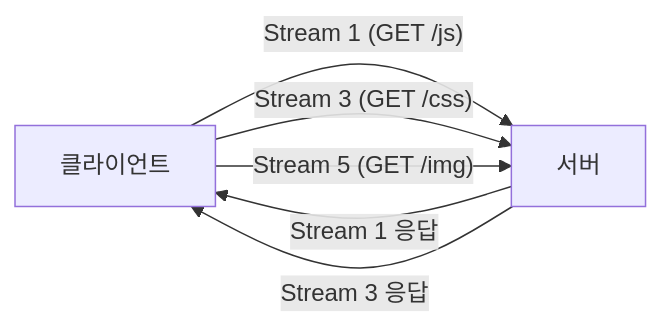
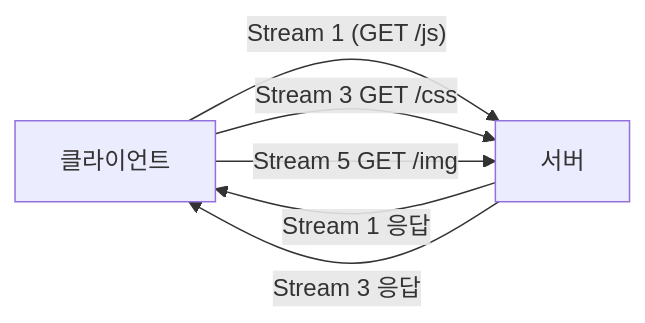
One commit to yjkim2015/yjkim2015.github.io changed the seventh of 9 diagrams in _posts/network/2026-05-01-osi-7-layer.md. Above: the diagram before and after it, drawn with Mermaid. The commit also changed other lines of this file and 245 other files, not shown here.

First line of the commit message:
Mermaid 다이어그램 전면 수정 + 면접 포인트 접기/펼치기 + DB 데드락 페이지

````diff
--- a/_posts/network/2026-05-01-osi-7-layer.md
+++ b/_posts/network/2026-05-01-osi-7-layer.md
@@ -862,8 +862,8 @@
 ```mermaid
 graph LR
     CLI["클라이언트"] -->|"Stream 1 (GET /js)"| SRV["서버"]
-    CLI -->|"Stream 3 (GET /css)"| SRV
-    CLI -->|"Stream 5 (GET /img)"| SRV
+    CLI -->|"Stream 3 GET /css"| SRV
+    CLI -->|"Stream 5 GET /img"| SRV
     SRV -->|"Stream 1 응답"| CLI
     SRV -->|"Stream 3 응답"| CLI
 ```
````
